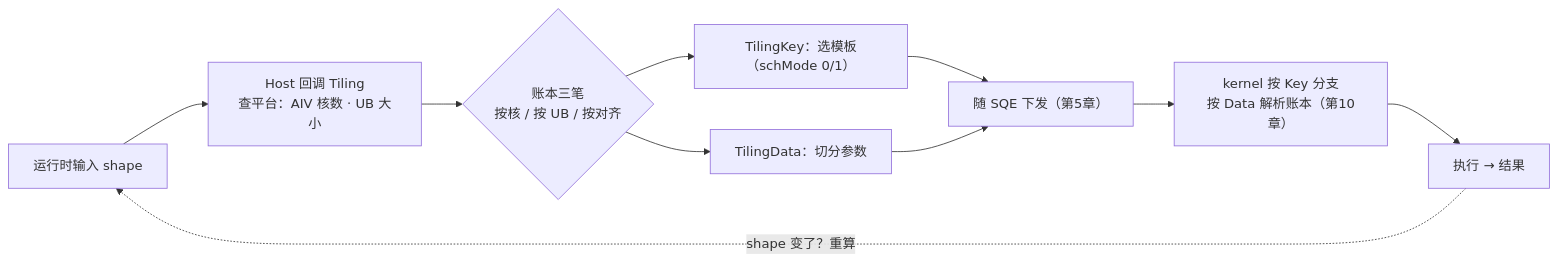
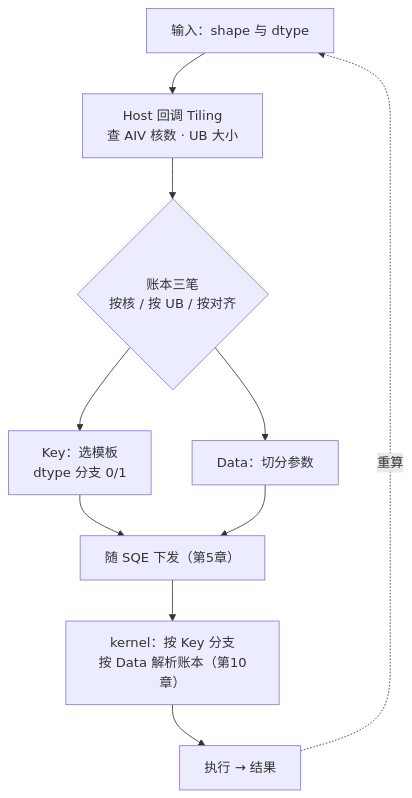
The diagram in docs/03-ascendc/ch14-op-practice.md (hb4ch/ascend-book), drawn with Mermaid before and after one commit. The commit also changed other lines of this file and 2 other files, not shown here.

Commit message:
docs(ch14): clarify Add tiling and improve workflow diagrams

````diff
--- a/docs/03-ascendc/ch14-op-practice.md
+++ b/docs/03-ascendc/ch14-op-practice.md
@@ -60,11 +65,12 @@
 ```mermaid
-flowchart LR
-    S["运行时输入 shape"] --> P["Host 回调 Tiling<br/>查平台：AIV 核数 · UB 大小"]
+flowchart TB
+    S["输入：shape 与 dtype"] --> P["Host 回调 Tiling<br/>查 AIV 核数 · UB 大小"]
     P --> C{"账本三笔<br/>按核 / 按 UB / 按对齐"}
-    C --> K["TilingKey：选模板（schMode 0/1）"]
-    C --> D["TilingData：切分参数"]
-    K & D --> Q["随 SQE 下发（第5章）"]
-    Q --> N["kernel 按 Key 分支<br/>按 Data 解析账本（第10章）"]
+    C --> K["Key：选模板<br/>dtype 分支 0/1"]
+    C --> D["Data：切分参数"]
+    K --> Q["随 SQE 下发（第5章）"]
+    D --> Q
+    Q --> N["kernel：按 Key 分支<br/>按 Data 解析账本（第10章）"]
     N --> R["执行 → 结果"]
-    R -.->|"shape 变了？重算"| S
+    R -.->|"重算"| S
 ```
````
